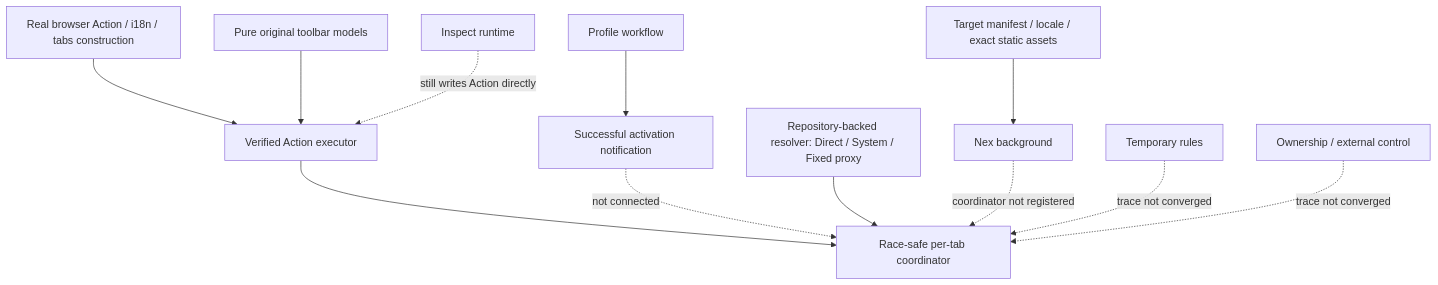
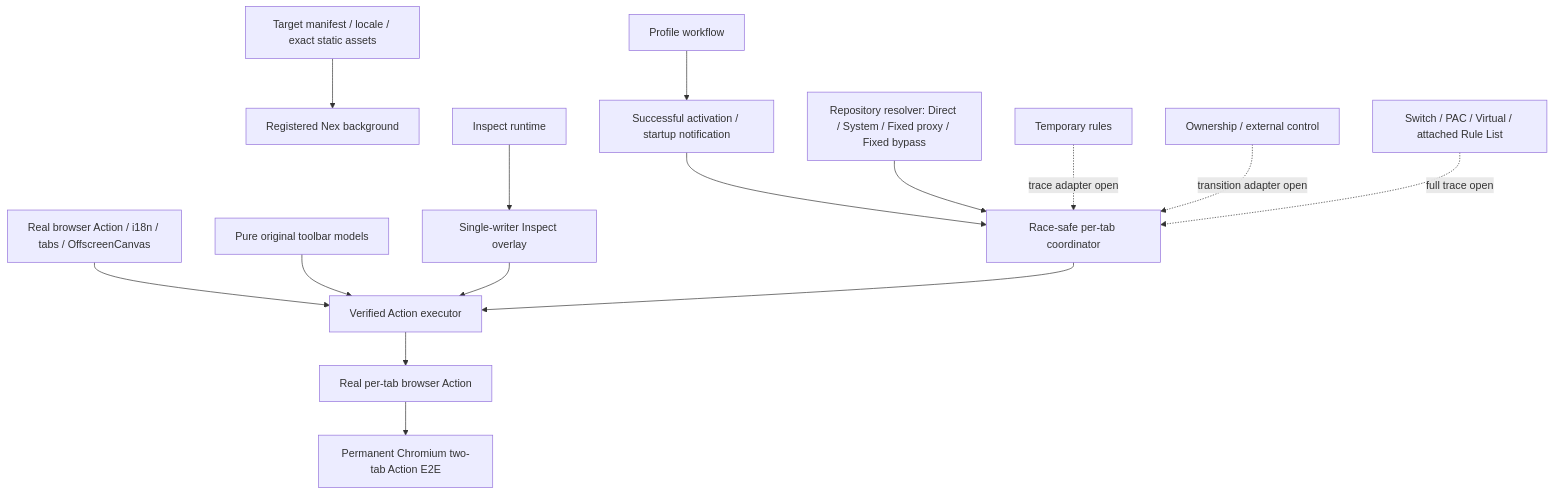
The second of 2 diagrams in docs/DELIVERY_ORDER_01_TOOLBAR_STATE.md (ChriX-Goh/ZeroOmega-Nex), drawn with Mermaid before and after one commit. The commit also changed other lines of this file and 2 other files, not shown here.

Commit message:
docs: sync verified toolbar Action checkpoint

````diff
--- a/docs/DELIVERY_ORDER_01_TOOLBAR_STATE.md
+++ b/docs/DELIVERY_ORDER_01_TOOLBAR_STATE.md
@@ -132,14 +143,17 @@
 ```mermaid
 graph TD
-  M[Target manifest / locale / exact static assets] --> B[Nex background]
-  API[Real browser Action / i18n / tabs construction] --> EXEC[Verified Action executor]
+  M[Target manifest / locale / exact static assets] --> B[Registered Nex background]
+  API[Real browser Action / i18n / tabs / OffscreenCanvas] --> EXEC[Verified Action executor]
   PURE[Pure original toolbar models] --> EXEC
-  EXEC --> COORD[Race-safe per-tab coordinator]
-  WF[Profile workflow] --> NOTICE[Successful activation notification]
-  NOTICE -. not connected .-> COORD
-  RES[Repository-backed resolver: Direct / System / Fixed proxy] --> COORD
-  B -. coordinator not registered .-> COORD
-  TEMP[Temporary rules] -. trace not converged .-> COORD
-  OWN[Ownership / external control] -. trace not converged .-> COORD
-  INSPECT[Inspect runtime] -. still writes Action directly .-> EXEC
+  WF[Profile workflow] --> NOTICE[Successful activation / startup notification]
+  NOTICE --> COORD[Race-safe per-tab coordinator]
+  RES[Repository resolver: Direct / System / Fixed proxy / Fixed bypass] --> COORD
+  INSPECT[Inspect runtime] --> OVERLAY[Single-writer Inspect overlay]
+  OVERLAY --> EXEC
+  COORD --> EXEC
+  EXEC --> ACTION[Real per-tab browser Action]
+  ACTION --> CHROME[Permanent Chromium two-tab Action E2E]
+  TEMP[Temporary rules] -. trace adapter open .-> COORD
+  OWN[Ownership / external control] -. transition adapter open .-> COORD
+  INCLUSIVE[Switch / PAC / Virtual / attached Rule List] -. full trace open .-> COORD
 ```
````
